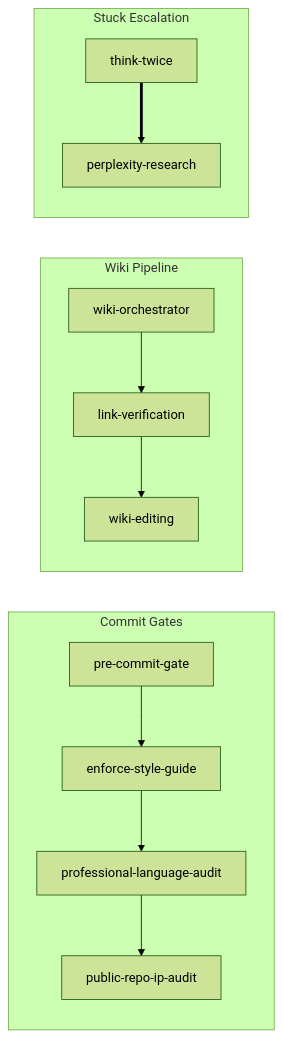
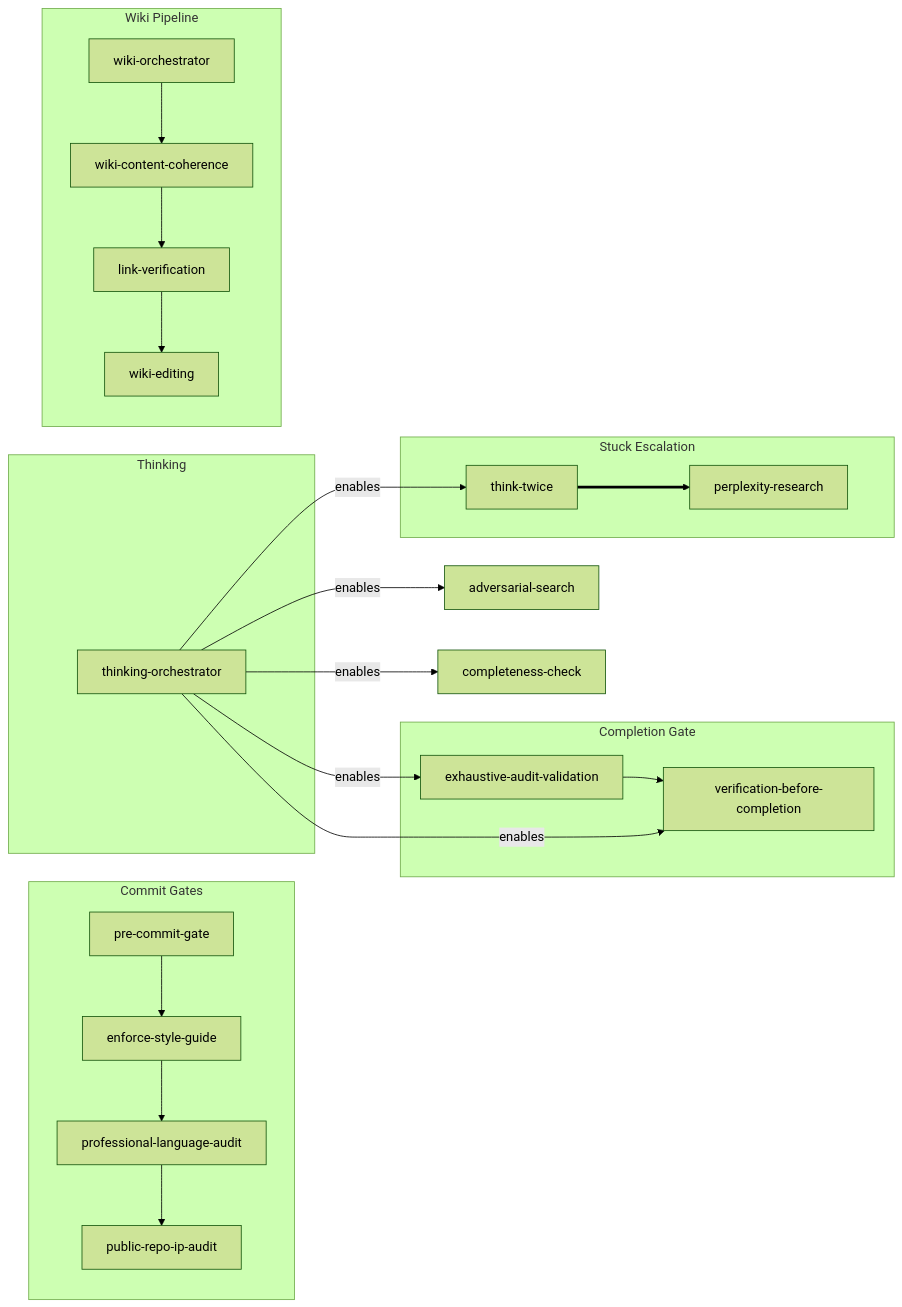
One commit to bordenet/superpowers-plus changed the diagram in README.md. Above: the diagram before and after it, drawn with Mermaid (forest theme). The commit also changed other lines of this file and 31 other files, not shown here.

````diff
--- a/README.md
+++ b/README.md
@@ -210,17 +211,32 @@
 ```mermaid
 graph LR
   subgraph commit-gates["Commit Gates"]
     pre_commit_gate["pre-commit-gate"] --> enforce_style_guide["enforce-style-guide"]
     enforce_style_guide --> professional_language_audit["professional-language-audit"]
     professional_language_audit --> public_repo_ip_audit["public-repo-ip-audit"]
   end
 
+  subgraph completion-gate["Completion Gate"]
+    exhaustive_audit_validation["exhaustive-audit-validation"] --> verification_before_completion["verification-before-completion"]
+  end
+
+  subgraph thinking["Thinking"]
+    thinking_orchestrator["thinking-orchestrator"]
+  end
+
   subgraph wiki-pipeline["Wiki Pipeline"]
-    wiki_orchestrator["wiki-orchestrator"] --> link_verification["link-verification"]
+    wiki_orchestrator["wiki-orchestrator"] --> wiki_content_coherence["wiki-content-coherence"]
+    wiki_content_coherence --> link_verification["link-verification"]
     link_verification --> wiki_editing["wiki-editing"]
   end
 
   subgraph stuck-escalation["Stuck Escalation"]
     think_twice["think-twice"] ==> perplexity_research["perplexity-research"]
   end
+
+  thinking_orchestrator -->|enables| adversarial_search["adversarial-search"]
+  thinking_orchestrator -->|enables| think_twice
+  thinking_orchestrator -->|enables| verification_before_completion
+  thinking_orchestrator -->|enables| exhaustive_audit_validation
+  thinking_orchestrator -->|enables| completeness_check["completeness-check"]
 ```
````
